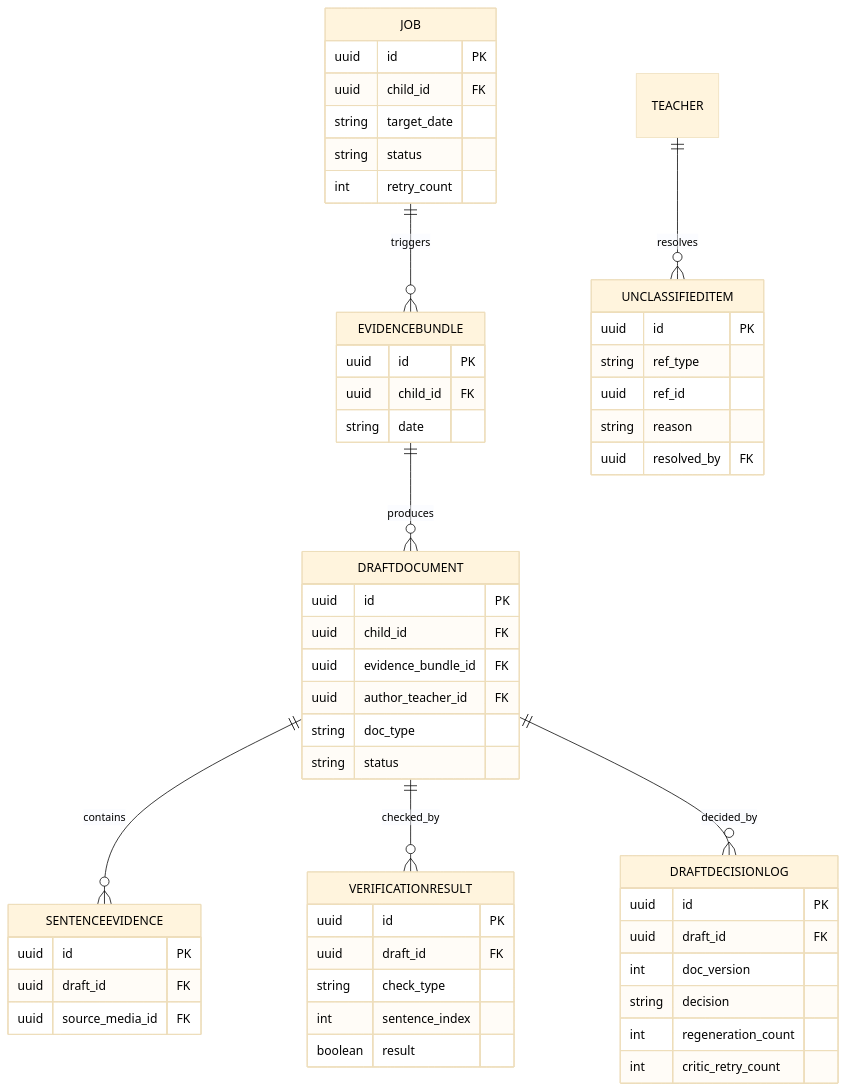
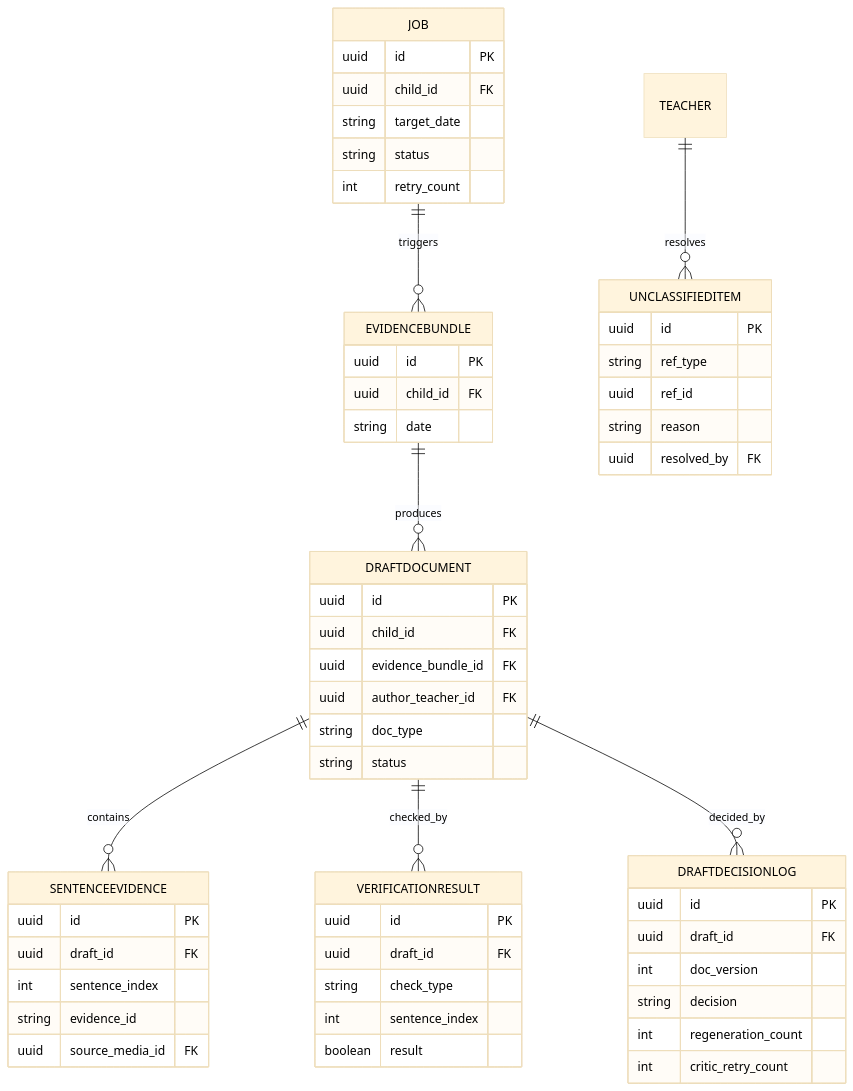
Before and after one commit to kakaotechcampus-4/ktc4-chungnam-4: the fourth of 8 diagrams in docs/테크스펙.md, drawn with Mermaid. The commit also changed other lines of this file and 1 other file, not shown here.

Commit message:
docs: describe SentenceEvidence.evidence_id in specs
위 커밋 내용을 문서에 반영합니다.

````diff
--- a/docs/테크스펙.md
+++ b/docs/테크스펙.md
@@ -565,57 +565,59 @@
 ```mermaid
 %%{init: {'theme':'base', 'themeVariables': {'primaryTextColor':'#000000','textColor':'#000000','lineColor':'#000000'}}}%%
 erDiagram
   JOB {
     uuid id PK
     uuid child_id FK
     string target_date
     string status
     int retry_count
   }
   EVIDENCEBUNDLE {
     uuid id PK
     uuid child_id FK
     string date
   }
   DRAFTDOCUMENT {
     uuid id PK
     uuid child_id FK
     uuid evidence_bundle_id FK
     uuid author_teacher_id FK
     string doc_type
     string status
   }
   SENTENCEEVIDENCE {
     uuid id PK
     uuid draft_id FK
+    int sentence_index
+    string evidence_id
     uuid source_media_id FK
   }
   VERIFICATIONRESULT {
     uuid id PK
     uuid draft_id FK
     string check_type
     int sentence_index
     boolean result
   }
   DRAFTDECISIONLOG {
     uuid id PK
     uuid draft_id FK
     int doc_version
     string decision
     int regeneration_count
     int critic_retry_count
   }
   UNCLASSIFIEDITEM {
     uuid id PK
     string ref_type
     uuid ref_id
     string reason
     uuid resolved_by FK
   }
   JOB ||--o{ EVIDENCEBUNDLE : triggers
   EVIDENCEBUNDLE ||--o{ DRAFTDOCUMENT : produces
   DRAFTDOCUMENT ||--o{ SENTENCEEVIDENCE : contains
   DRAFTDOCUMENT ||--o{ VERIFICATIONRESULT : checked_by
   DRAFTDOCUMENT ||--o{ DRAFTDECISIONLOG : decided_by
   TEACHER ||--o{ UNCLASSIFIEDITEM : resolves
 ```
````
